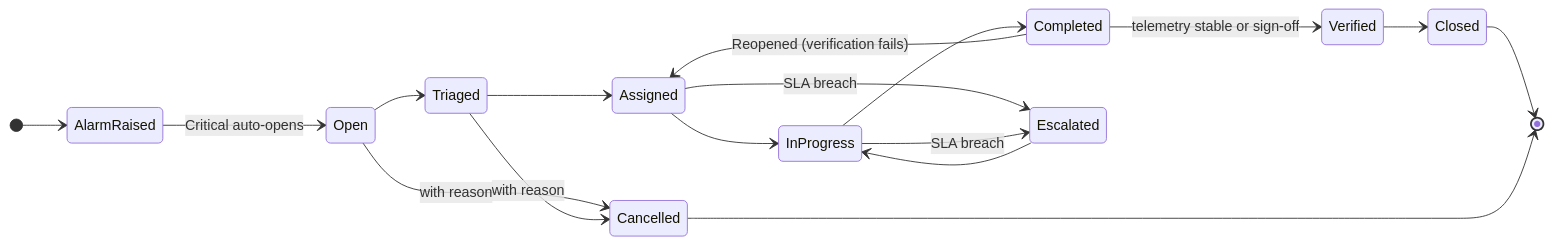
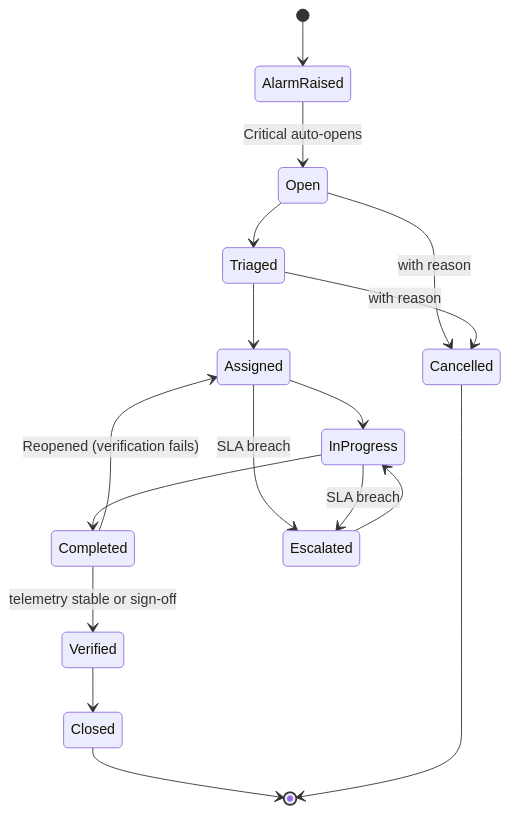
Before and after one commit to prasanna-allu-dev/TowerCo_Mgmt: the fifth of 7 diagrams in README.md, drawn with Mermaid. The commit also changed other lines of this file and 2 other files, not shown here.

````diff
--- a/README.md
+++ b/README.md
@@ -193,21 +218,21 @@
 ```mermaid
 stateDiagram-v2
-    direction LR
+    direction TB
     [*] --> AlarmRaised
     AlarmRaised --> Open: Critical auto-opens
     Open --> Triaged
     Triaged --> Assigned
     Assigned --> InProgress
     InProgress --> Completed
     Completed --> Verified: telemetry stable or sign-off
     Verified --> Closed
     Closed --> [*]
 
     Open --> Cancelled: with reason
     Triaged --> Cancelled: with reason
     Assigned --> Escalated: SLA breach
     InProgress --> Escalated: SLA breach
     Escalated --> InProgress
     Completed --> Assigned: Reopened (verification fails)
     Cancelled --> [*]
 ```
````
